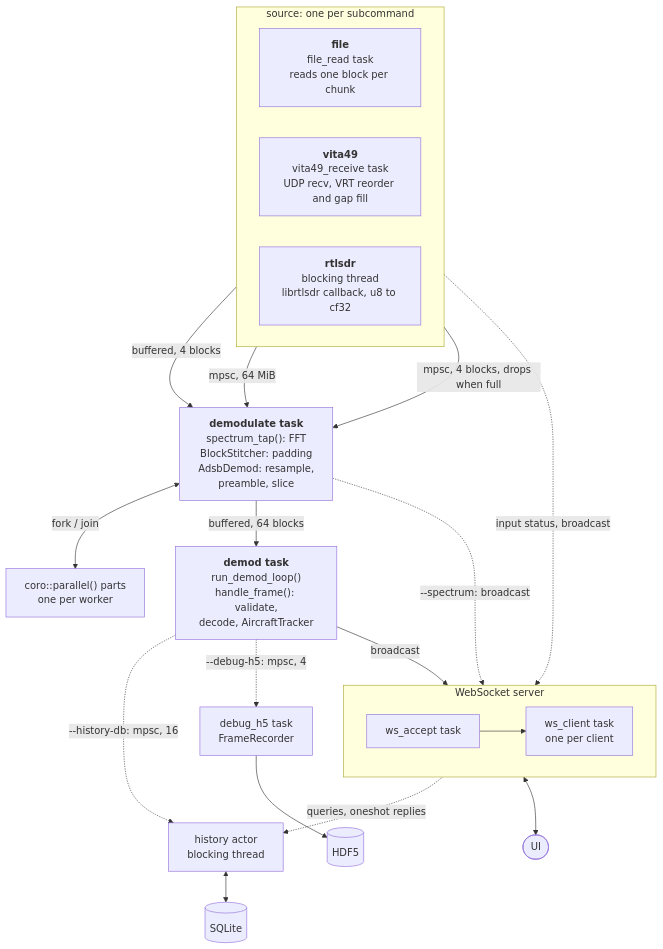
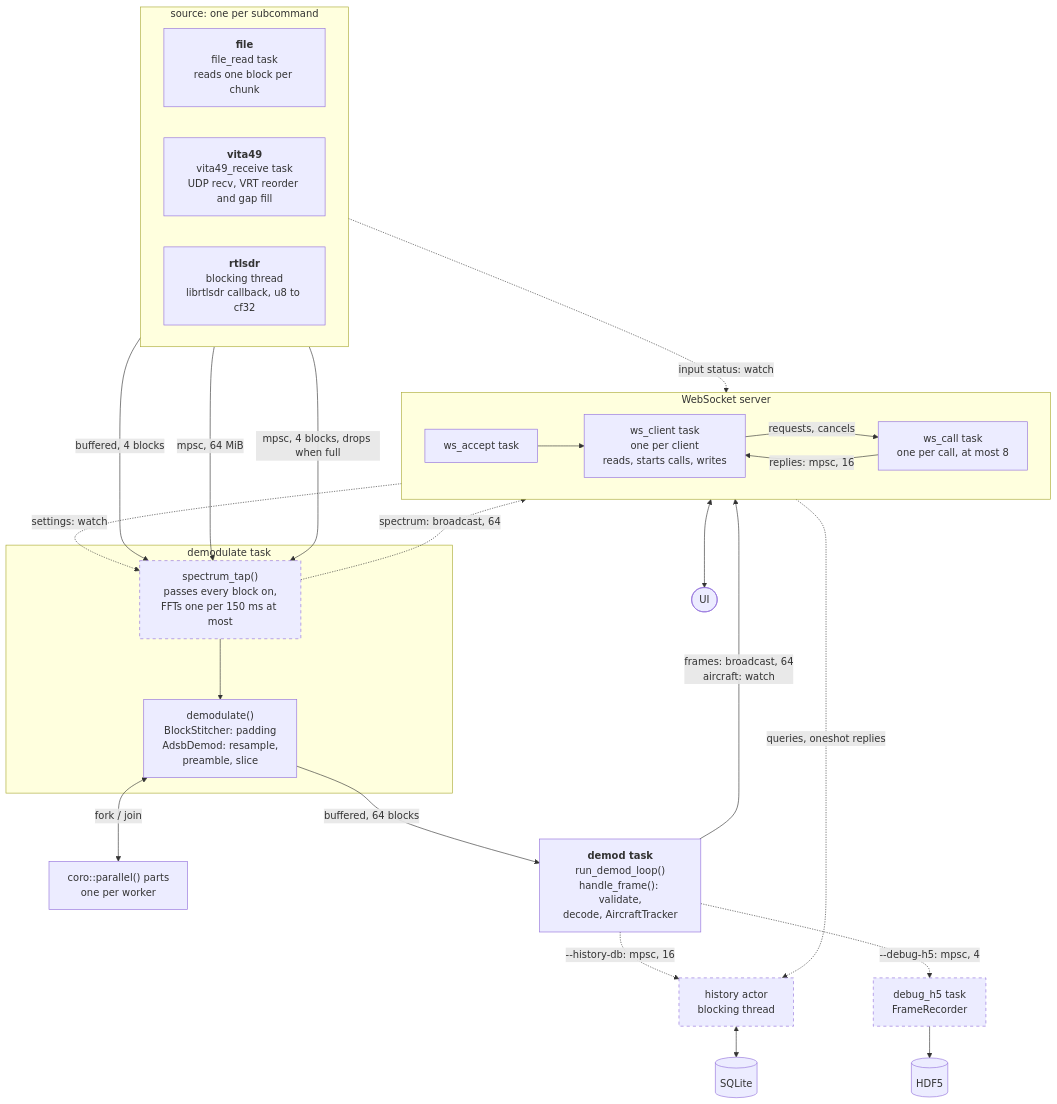
One commit to bts164/ADSB-Decoder changed the second of 4 diagrams in README.md. Above: the diagram before and after it, drawn with Mermaid. The commit also changed other lines of this file and 38 other files, not shown here.

````diff
--- a/README.md
+++ b/README.md
@@ -261,36 +262,46 @@
 ```mermaid
 flowchart TB
     subgraph source["source: one per subcommand"]
         direction LR
         FILE["<b>file</b><br/>file_read task<br/>reads one block per chunk"]
         VRT["<b>vita49</b><br/>vita49_receive task<br/>UDP recv, VRT reorder and gap fill"]
         RTL["<b>rtlsdr</b><br/>blocking thread<br/>librtlsdr callback, u8 to cf32"]
     end
-    DEMOD["<b>demodulate task</b><br/>spectrum_tap(): FFT<br/>BlockStitcher: padding<br/>AdsbDemod: resample,<br/>preamble, slice"]
+    subgraph dtask["demodulate task"]
+        TAP["spectrum_tap()<br/>passes every block on,<br/>FFTs one per 150 ms at most"]
+        DEMOD["demodulate()<br/>BlockStitcher: padding<br/>AdsbDemod: resample,<br/>preamble, slice"]
+        TAP --> DEMOD
+    end
     PAR["coro::parallel() parts<br/>one per worker"]
     SINK["<b>demod task</b><br/>run_demod_loop()<br/>handle_frame(): validate,<br/>decode, AircraftTracker"]
     REC["debug_h5 task<br/>FrameRecorder"]
     HIST["history actor<br/>blocking thread"]
     subgraph ws["WebSocket server"]
         direction LR
-        ACC["ws_accept task"] --> CLI["ws_client task<br/>one per client"]
+        ACC["ws_accept task"] --> CLI["ws_client task<br/>one per client<br/>reads, starts calls, writes"]
+        CLI -- "requests, cancels" --> CALL["ws_call task<br/>one per call, at most 8"]
+        CALL -- "replies: mpsc, 16" --> CLI
     end
     H5[("HDF5")]
     DB[("SQLite")]
     UI(["UI"])
 
-    FILE -- "buffered, 4 blocks" --> DEMOD
-    VRT -- "mpsc, 64 MiB" --> DEMOD
-    RTL -- "mpsc, 4 blocks, drops when full" --> DEMOD
+    FILE -- "buffered, 4 blocks" --> TAP
+    VRT -- "mpsc, 64 MiB" --> TAP
+    RTL -- "mpsc, 4 blocks, drops when full" --> TAP
     DEMOD <-- "fork / join" --> PAR
     DEMOD -- "buffered, 64 blocks" --> SINK
-    SINK -- "broadcast" --> CLI
+    SINK -- "frames: broadcast, 64<br/>aircraft: watch" --> CALL
     SINK -. "--history-db: mpsc, 16" .-> HIST
     SINK -. "--debug-h5: mpsc, 4" .-> REC
     REC --> H5
     HIST <--> DB
-    DEMOD -. "--spectrum: broadcast" .-> CLI
-    VRT -. "input status, broadcast" .-> CLI
-    CLI -. "queries, oneshot replies" .-> HIST
+    TAP -. "spectrum: broadcast, 64" .-> CALL
+    CALL -. "settings: watch" .-> TAP
+    VRT -. "input status: watch" .-> CALL
+    CALL -. "queries, oneshot replies" .-> HIST
     CLI <--> UI
+
+    classDef optional stroke-dasharray: 5 5
+    class TAP,REC,HIST optional
 ```
````
